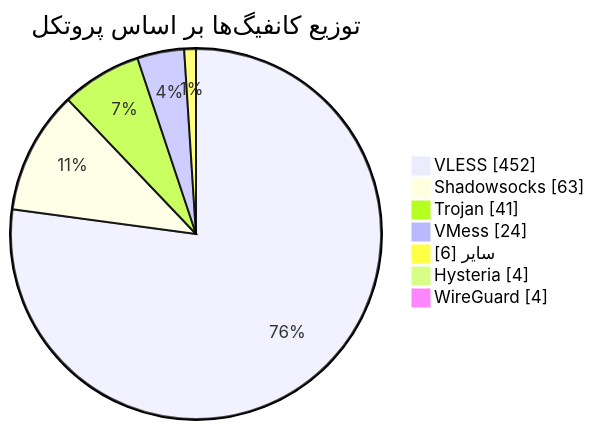
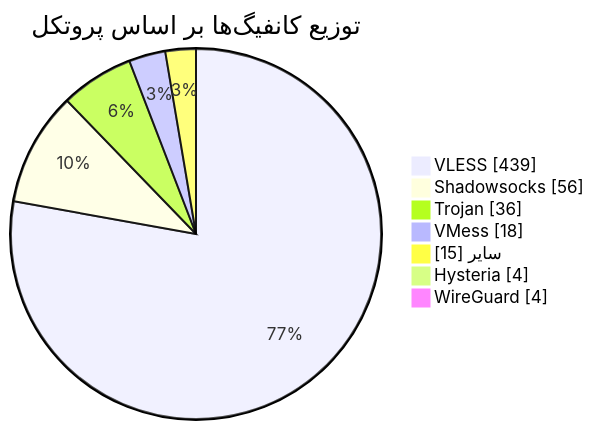
The diagram in README.md (Arian-Alijani/Somthing), drawn with Mermaid before and after one commit. The commit also changed other lines of this file and 19 other files, not shown here.

````diff
--- a/README.md
+++ b/README.md
@@ -49,11 +49,11 @@
 ```mermaid
 pie showData
     title توزیع کانفیگ‌ها بر اساس پروتکل
-    "VLESS" : 452
-    "Shadowsocks" : 63
-    "Trojan" : 41
-    "VMess" : 24
-    "سایر" : 6
+    "VLESS" : 439
+    "Shadowsocks" : 56
+    "Trojan" : 36
+    "VMess" : 18
+    "سایر" : 15
     "Hysteria" : 4
     "WireGuard" : 4
 ```
````
